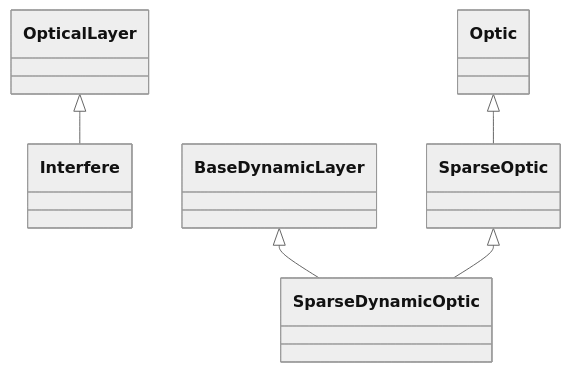
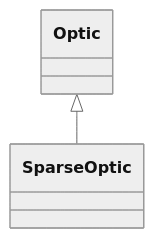
The fourth of 5 diagrams in docs/API/layers/overview.md (LouisDesdoigts/dLux), drawn with Mermaid (neutral theme) before and after one commit. The commit also changed other lines of this file and 160 other files, not shown here.

````diff
--- a/docs/API/layers/overview.md
+++ b/docs/API/layers/overview.md
@@ -246,16 +94,8 @@
 ```mermaid
 classDiagram
-    class dLux_layers_sparse_Interfere["Interfere"]
+    direction TB
     class dLux_layers_sparse_SparseOptic["SparseOptic"]
-    class dLux_layers_sparse_SparseDynamicOptic["SparseDynamicOptic"]
-    class dLux_layers_dynamic_BaseDynamicLayer["BaseDynamicLayer"]
     class dLux_layers_optical_Optic["Optic"]
-    class dLux_layers_optical_OpticalLayer["OpticalLayer"]
-    dLux_layers_optical_OpticalLayer <|-- dLux_layers_sparse_Interfere
-    click dLux_layers_sparse_Interfere href "../sparse/#dLux.layers.sparse.Interfere" "Methods: apply(), apply_mono()"
     dLux_layers_optical_Optic <|-- dLux_layers_sparse_SparseOptic
-    click dLux_layers_sparse_SparseOptic href "../sparse/#dLux.layers.sparse.SparseOptic" "Attributes: amplitude, jones, thickness, n, propagator, transmission, opd, phase, normalise, centers · Properties: n_apertures · Methods: phasor(), localise(), apply_mono()"
-    dLux_layers_dynamic_BaseDynamicLayer <|-- dLux_layers_sparse_SparseDynamicOptic
-    dLux_layers_sparse_SparseOptic <|-- dLux_layers_sparse_SparseDynamicOptic
-    click dLux_layers_sparse_SparseDynamicOptic href "../sparse/#dLux.layers.sparse.SparseDynamicOptic" "Attributes: amplitude, jones, thickness, n, propagator, coordinates, transformation, transmission, opd, phase, normalise, centers"
+    click dLux_layers_sparse_SparseOptic href "../sparse/#dLux.layers.sparse.SparseOptic" "Attributes: abcd, grid_out, focal_length, defocus, inverse, jones, thickness, n, amplitude, phase, transmission, opd, normalise, grid, transform, centers · Properties: n_apertures · Methods: __init__(), phasor(), localise(), apply_mono()"
 ```
````
